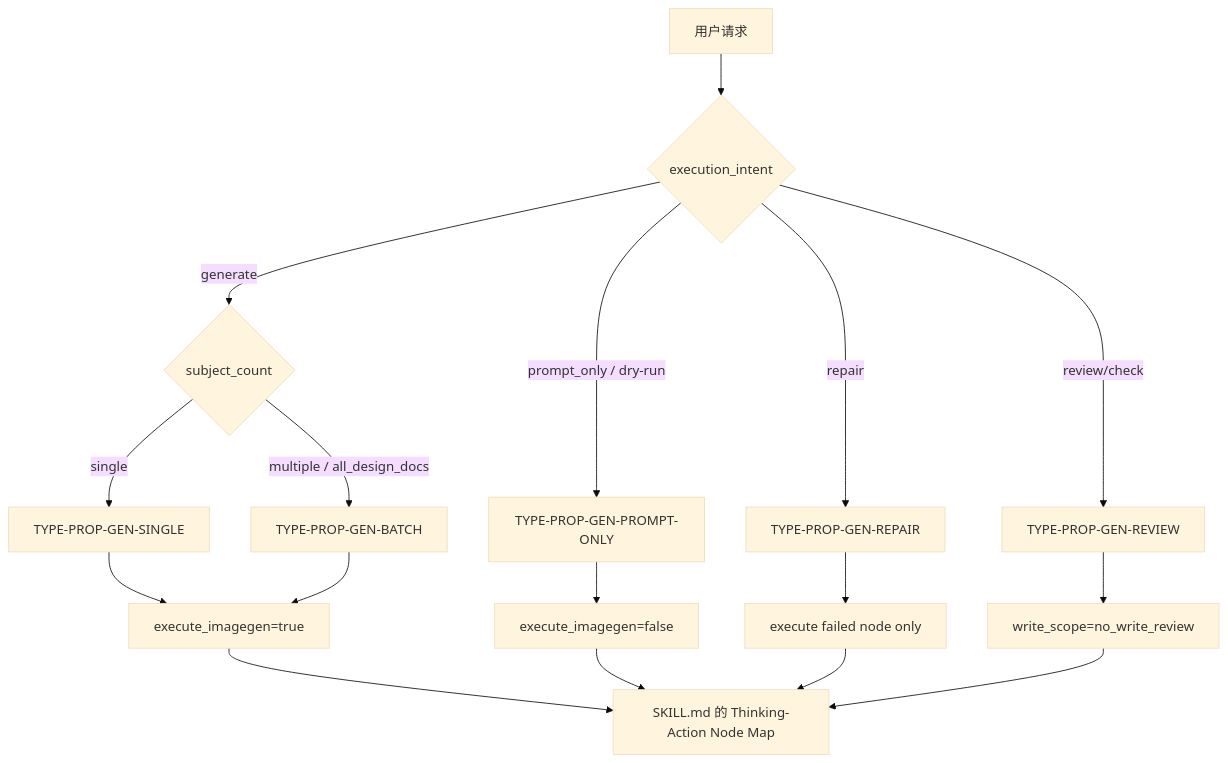
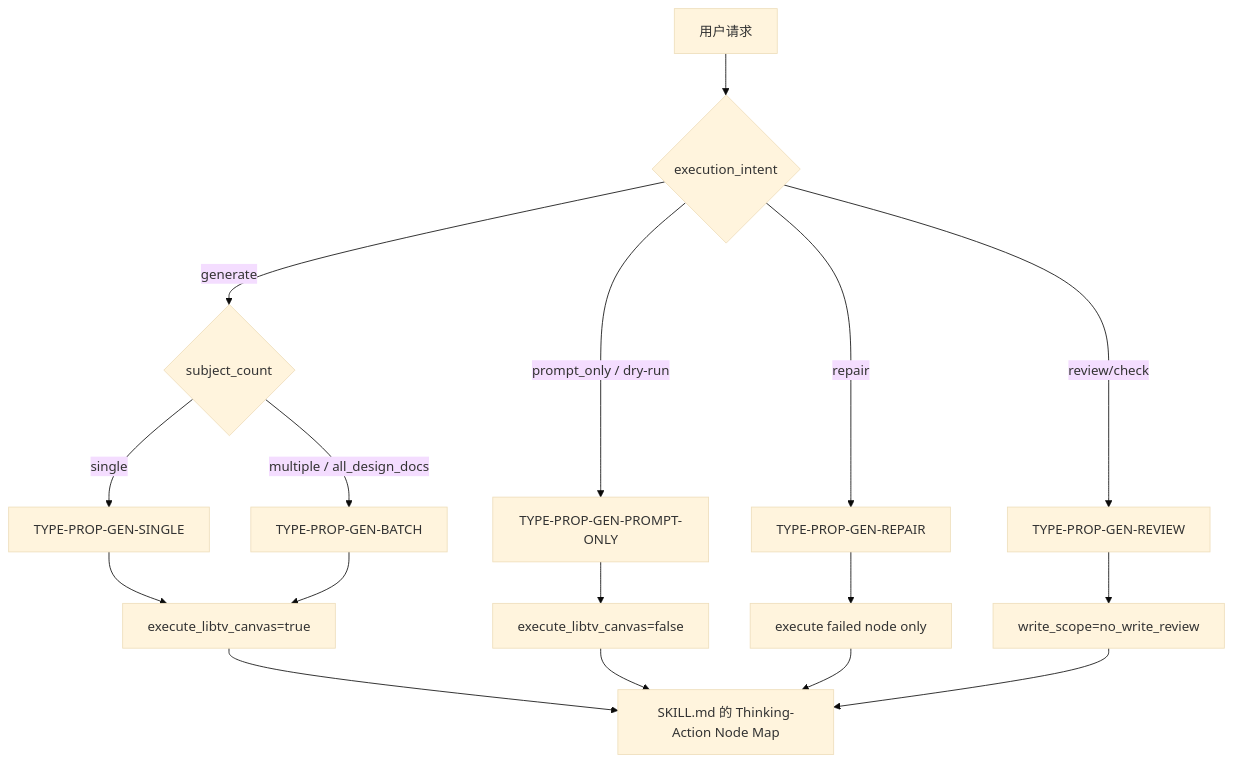
Before and after one commit to ZEN-VOID/AI-CUT: the diagram in .agents/skills/aigc/3-主体/道具/3-生成/types/prop-generation-type-map.md, drawn with Mermaid (base theme). The commit also changed other lines of this file and 439 other files, not shown here.

````diff
--- a/.agents/skills/aigc/3-主体/道具/3-生成/types/prop-generation-type-map.md
+++ b/.agents/skills/aigc/3-主体/道具/3-生成/types/prop-generation-type-map.md
@@ -35,19 +48,19 @@
 ```mermaid
 flowchart TD
     A["用户请求"] --> B{"execution_intent"}
     B -->|"generate"| C{"subject_count"}
     B -->|"prompt_only / dry-run"| D["TYPE-PROP-GEN-PROMPT-ONLY"]
     B -->|"repair"| E["TYPE-PROP-GEN-REPAIR"]
     B -->|"review/check"| F["TYPE-PROP-GEN-REVIEW"]
     C -->|"single"| G["TYPE-PROP-GEN-SINGLE"]
     C -->|"multiple / all_design_docs"| H["TYPE-PROP-GEN-BATCH"]
-    G --> I["execute_imagegen=true"]
+    G --> I["execute_libtv_canvas=true"]
     H --> I
-    D --> J["execute_imagegen=false"]
+    D --> J["execute_libtv_canvas=false"]
     E --> K["execute failed node only"]
     F --> L["write_scope=no_write_review"]
     I --> M["SKILL.md 的 Thinking-Action Node Map"]
     J --> M
     K --> M
     L --> M
 ```
````
